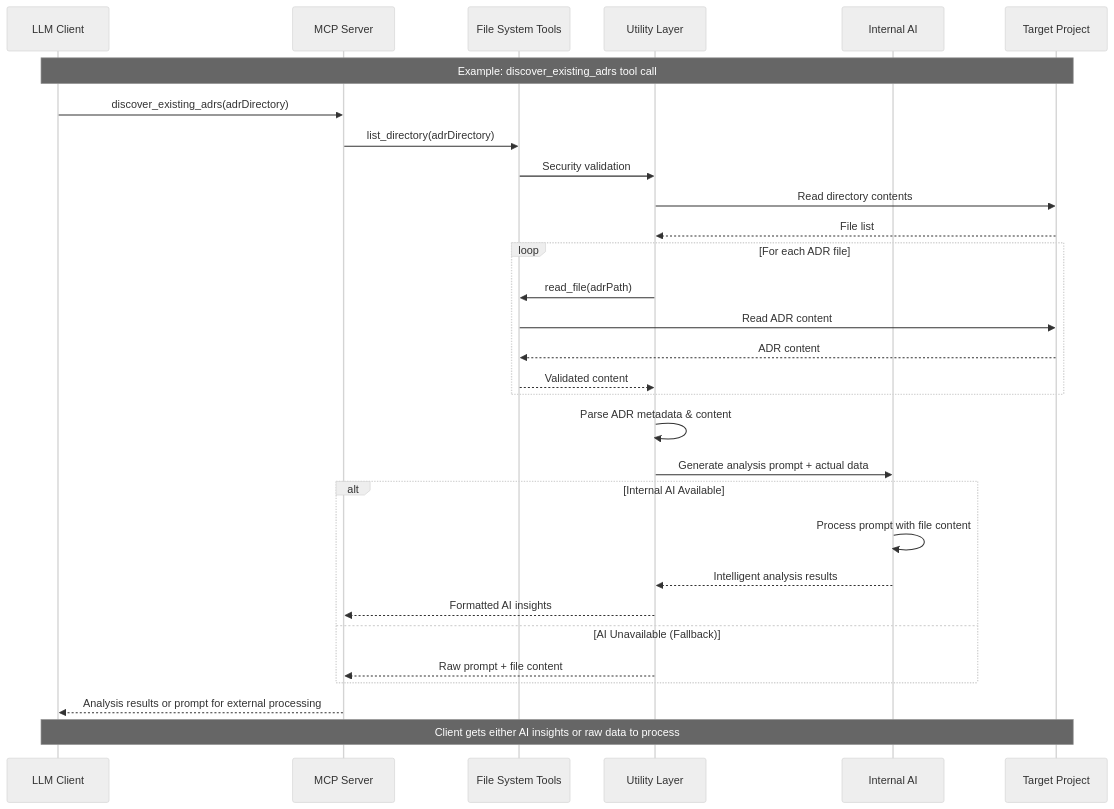
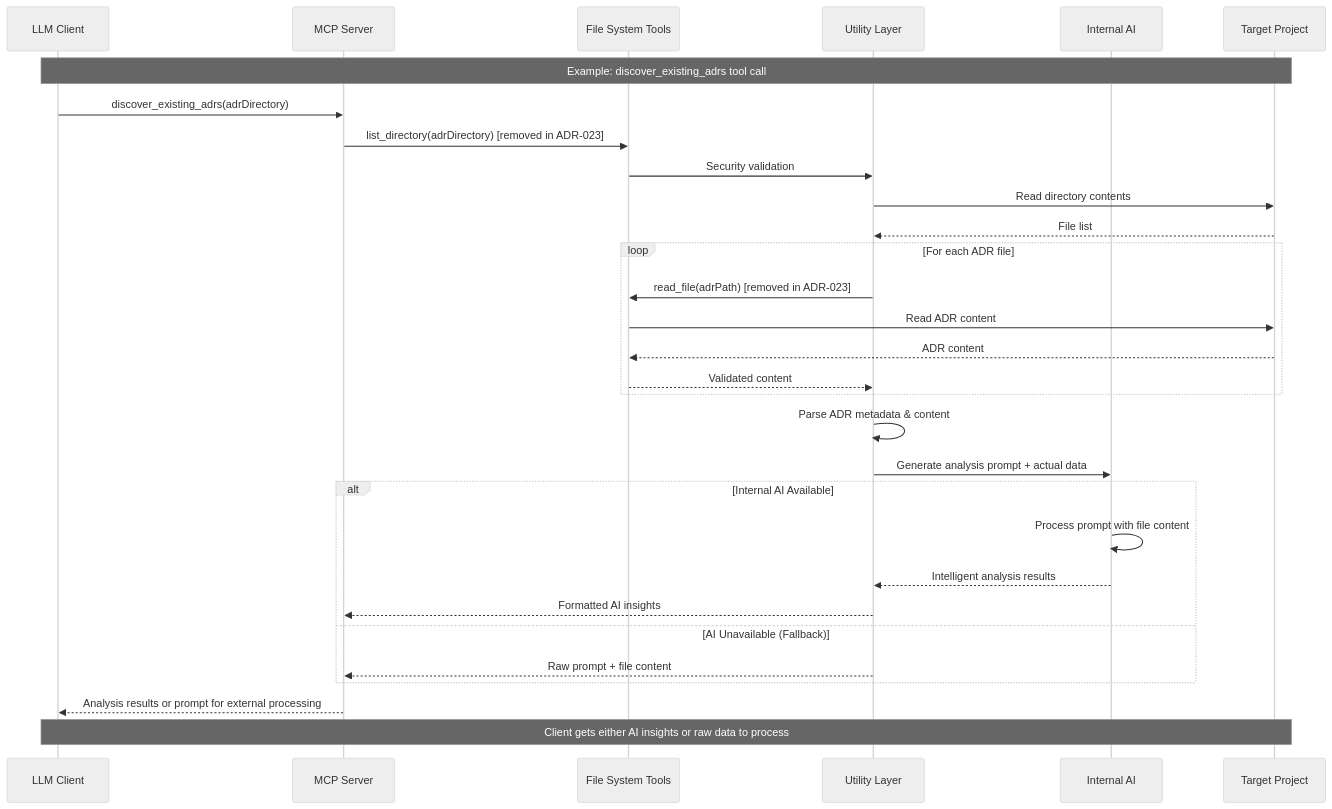
One commit to tosin2013/mcp-adr-analysis-server changed the second of 3 diagrams in docs/explanation/server-architecture.md. Above: the diagram before and after it, drawn with Mermaid (neutral theme). The commit also changed other lines of this file and 49 other files, not shown here.

````diff
--- a/docs/explanation/server-architecture.md
+++ b/docs/explanation/server-architecture.md
@@ -110,39 +110,39 @@
 ```mermaid
 sequenceDiagram
     participant Client as LLM Client
     participant MCP as MCP Server
     participant FileSystem as File System Tools
     participant Utils as Utility Layer
     participant AI as Internal AI
     participant Project as Target Project
 
     Note over Client,Project: Example: discover_existing_adrs tool call
 
     Client->>MCP: discover_existing_adrs(adrDirectory)
-    MCP->>FileSystem: list_directory(adrDirectory)
+    MCP->>FileSystem: list_directory(adrDirectory) [removed in ADR-023]
     FileSystem->>Utils: Security validation
     Utils->>Project: Read directory contents
     Project-->>Utils: File list
 
     loop For each ADR file
-        Utils->>FileSystem: read_file(adrPath)
+        Utils->>FileSystem: read_file(adrPath) [removed in ADR-023]
         FileSystem->>Project: Read ADR content
         Project-->>FileSystem: ADR content
         FileSystem-->>Utils: Validated content
     end
 
     Utils->>Utils: Parse ADR metadata & content
     Utils->>AI: Generate analysis prompt + actual data
 
     alt Internal AI Available
         AI->>AI: Process prompt with file content
         AI-->>Utils: Intelligent analysis results
         Utils-->>MCP: Formatted AI insights
     else AI Unavailable (Fallback)
         Utils-->>MCP: Raw prompt + file content
     end
 
     MCP-->>Client: Analysis results or prompt for external processing
 
     Note over Client,Project: Client gets either AI insights or raw data to process
 ```
````
